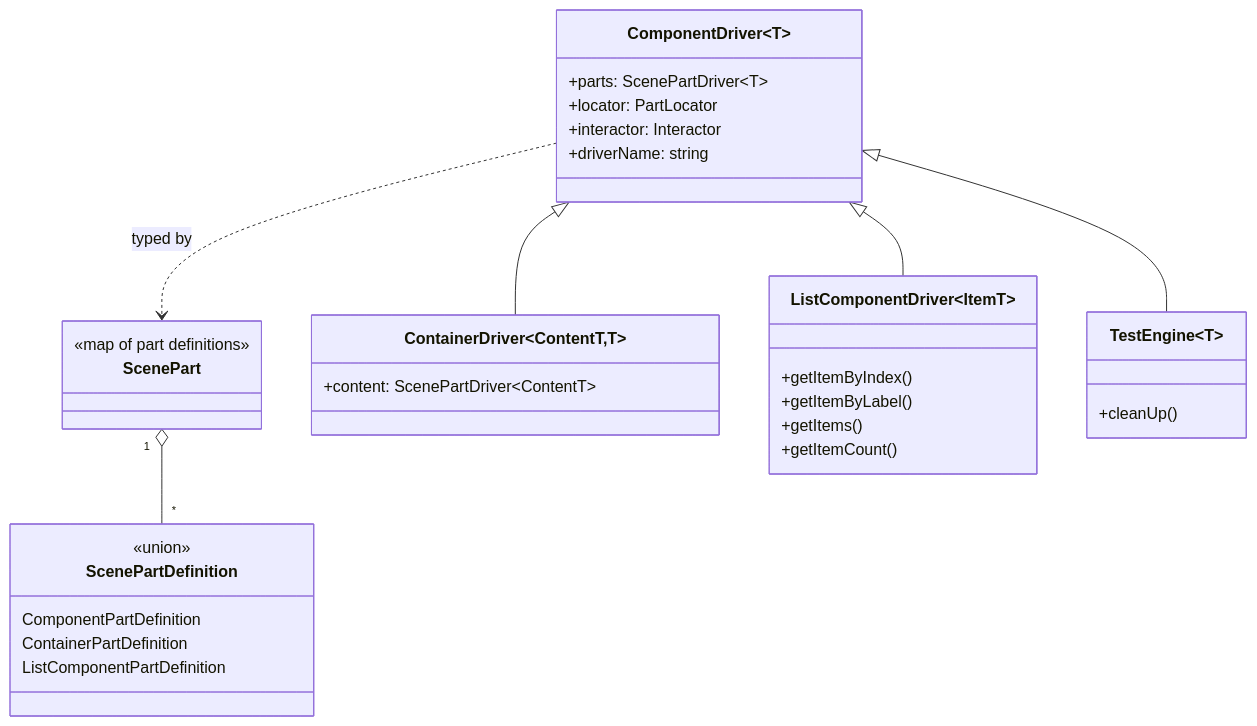
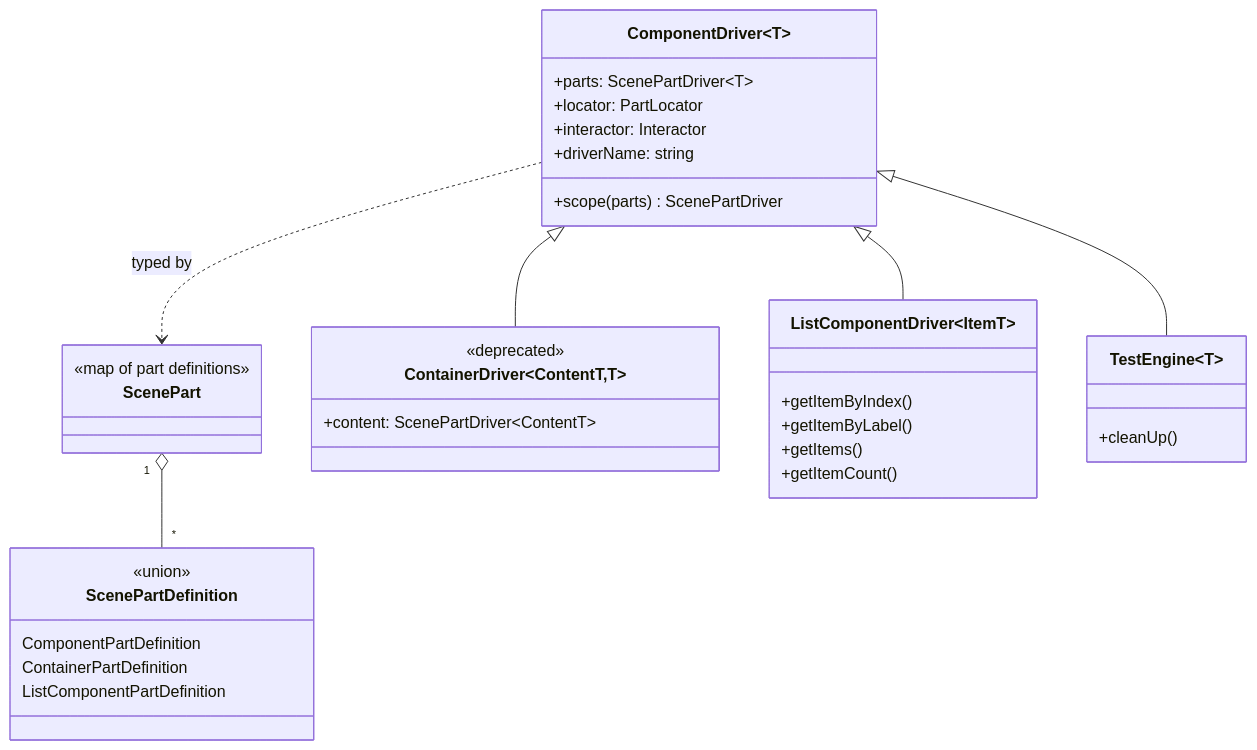
The diagram in agent-docs/DOMAIN.md (atomic-testing/atomic-testing), drawn with Mermaid before and after one commit. The commit also changed other lines of this file and 64 other files, not shown here.

````diff
--- a/agent-docs/DOMAIN.md
+++ b/agent-docs/DOMAIN.md
@@ -29,35 +29,37 @@
 ```mermaid
 classDiagram
     class ScenePart {
       <<map of part definitions>>
     }
     class ScenePartDefinition {
       <<union>>
       ComponentPartDefinition
       ContainerPartDefinition
       ListComponentPartDefinition
     }
     class ComponentDriver~T~ {
       +parts: ScenePartDriver~T~
       +locator: PartLocator
       +interactor: Interactor
       +driverName: string
+      +scope(parts) ScenePartDriver
     }
     class ContainerDriver~ContentT,T~ {
+      <<deprecated>>
       +content: ScenePartDriver~ContentT~
     }
     class ListComponentDriver~ItemT~ {
       +getItemByIndex()
       +getItemByLabel()
       +getItems()
       +getItemCount()
     }
     class TestEngine~T~ {
       +cleanUp()
     }
     ScenePart "1" o-- "*" ScenePartDefinition
     ComponentDriver <|-- ContainerDriver
     ComponentDriver <|-- ListComponentDriver
     ComponentDriver <|-- TestEngine
     ComponentDriver ..> ScenePart : typed by
 ```
````
